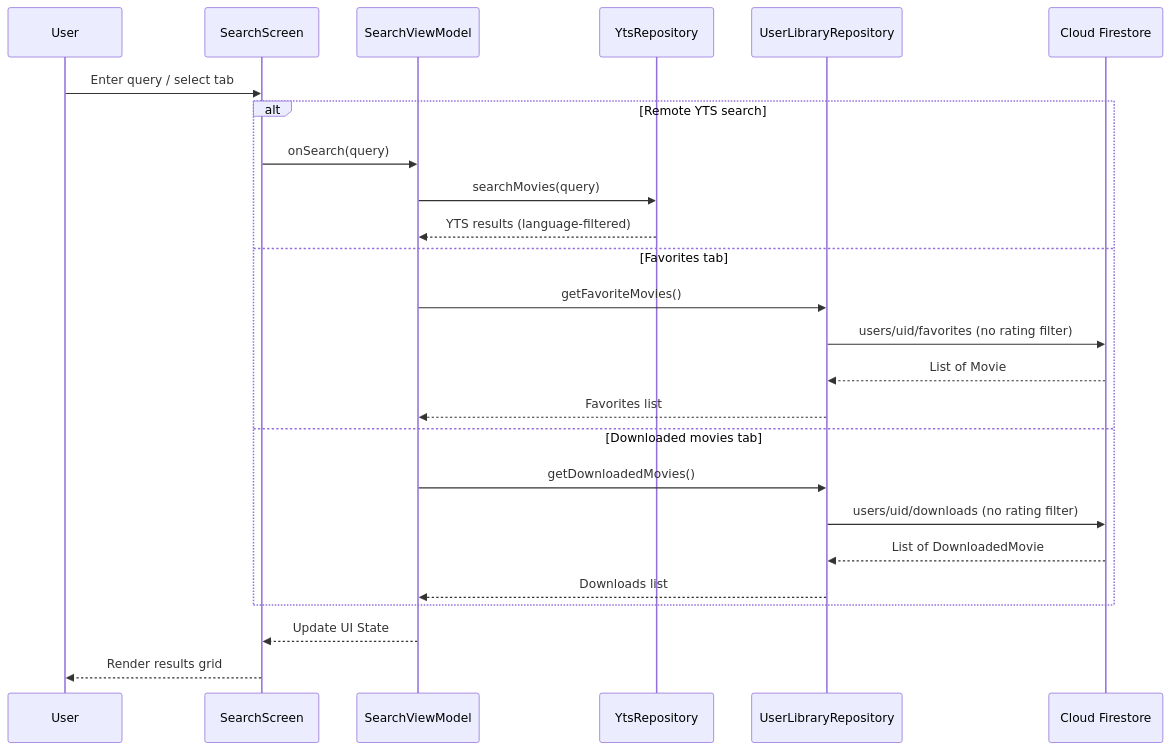
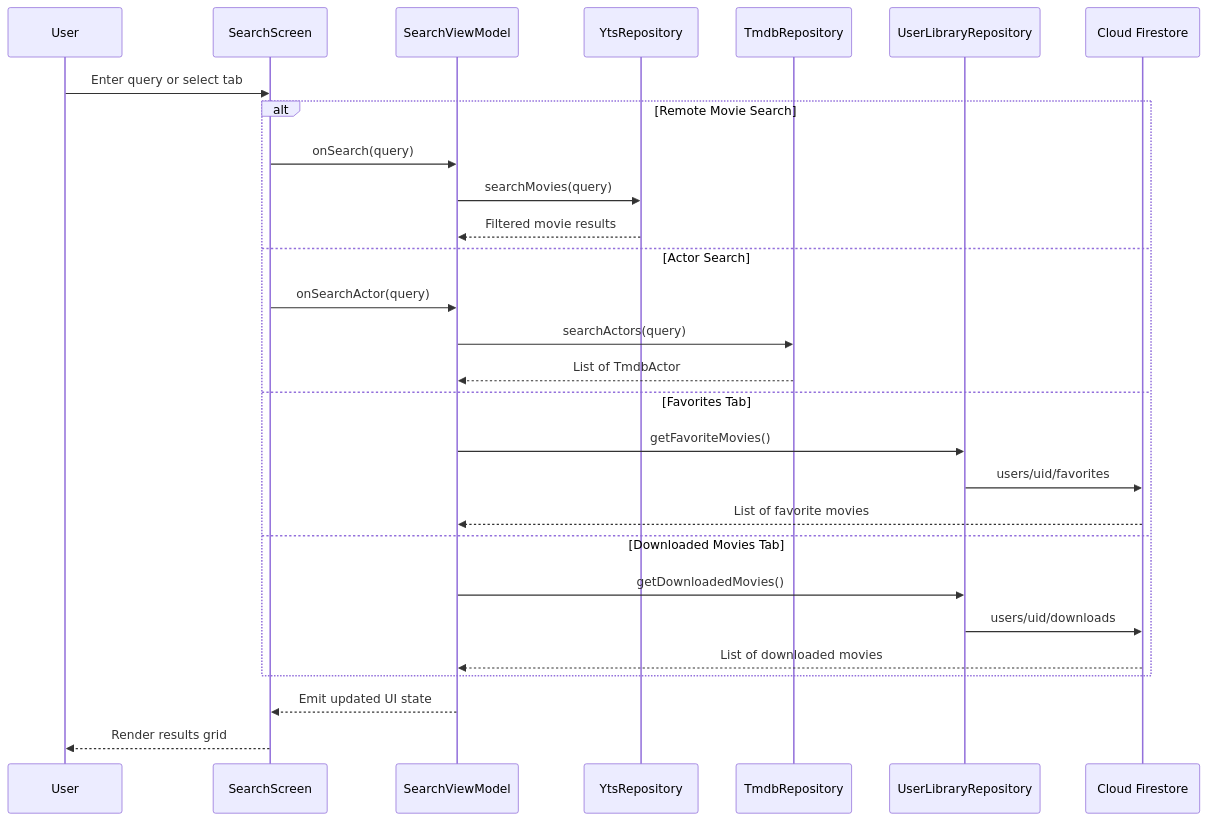
One commit to martinrevert/LaTorrentola changed the sixth of 15 diagrams in ARCHITECTURE.md. Above: the diagram before and after it, drawn with Mermaid. The commit also changed other lines of this file and 2 other files, not shown here.

````diff
--- a/ARCHITECTURE.md
+++ b/ARCHITECTURE.md
@@ -385,28 +544,31 @@
 ```mermaid
 sequenceDiagram
     participant U as User
     participant SS as SearchScreen
     participant VM as SearchViewModel
-    participant R as YtsRepository
+    participant YTS as YtsRepository
+    participant TR as TmdbRepository
     participant UR as UserLibraryRepository
     participant FS as Cloud Firestore
 
-    U->>SS: Enter query / select tab
-    alt Remote YTS search
+    U->>SS: Enter query or select tab
+    alt Remote Movie Search
         SS->>VM: onSearch(query)
-        VM->>R: searchMovies(query)
-        R-->>VM: YTS results (language-filtered)
-    else Favorites tab
+        VM->>YTS: searchMovies(query)
+        YTS-->>VM: Filtered movie results
+    else Actor Search
+        SS->>VM: onSearchActor(query)
+        VM->>TR: searchActors(query)
+        TR-->>VM: List of TmdbActor
+    else Favorites Tab
         VM->>UR: getFavoriteMovies()
-        UR->>FS: users/uid/favorites (no rating filter)
-        FS-->>UR: List of Movie
-        UR-->>VM: Favorites list
-    else Downloaded movies tab
+        UR->>FS: users/uid/favorites
+        FS-->>VM: List of favorite movies
+    else Downloaded Movies Tab
         VM->>UR: getDownloadedMovies()
-        UR->>FS: users/uid/downloads (no rating filter)
-        FS-->>UR: List of DownloadedMovie
-        UR-->>VM: Downloads list
+        UR->>FS: users/uid/downloads
+        FS-->>VM: List of downloaded movies
     end
-    VM-->>SS: Update UI State
+    VM-->>SS: Emit updated UI state
     SS-->>U: Render results grid
 ```
````
